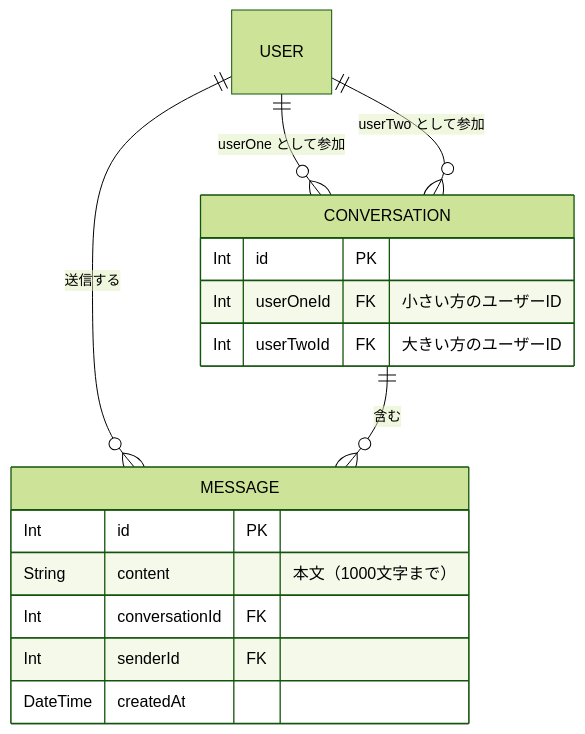
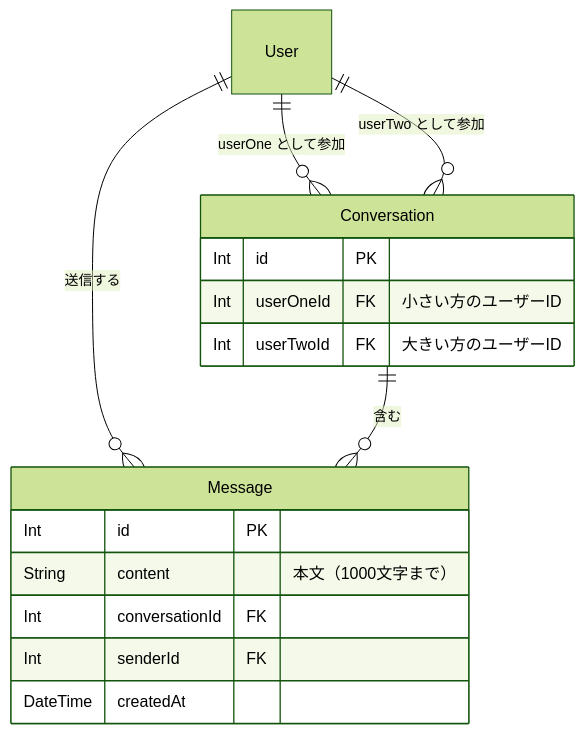
Before and after one commit to dik-ab/curriculum: the first of 2 diagrams in sns/chat.md, drawn with Mermaid (forest theme). The commit also changed other lines of this file and 89 other files, not shown here.

````diff
--- a/sns/chat.md
+++ b/sns/chat.md
@@ -33,19 +33,19 @@
 ```mermaid
 erDiagram
-    USER ||--o{ CONVERSATION : "userOne として参加"
-    USER ||--o{ CONVERSATION : "userTwo として参加"
-    USER ||--o{ MESSAGE : "送信する"
-    CONVERSATION ||--o{ MESSAGE : "含む"
-    CONVERSATION {
+    User ||--o{ Conversation : "userOne として参加"
+    User ||--o{ Conversation : "userTwo として参加"
+    User ||--o{ Message : "送信する"
+    Conversation ||--o{ Message : "含む"
+    Conversation {
         Int id PK
         Int userOneId FK "小さい方のユーザーID"
         Int userTwoId FK "大きい方のユーザーID"
     }
-    MESSAGE {
+    Message {
         Int id PK
         String content "本文（1000文字まで）"
         Int conversationId FK
         Int senderId FK
         DateTime createdAt
     }
 ```
````
